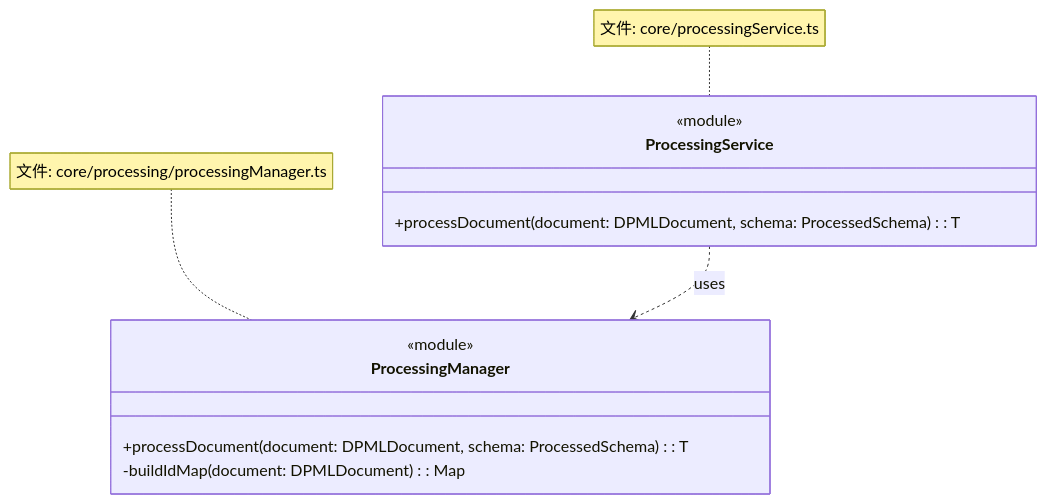
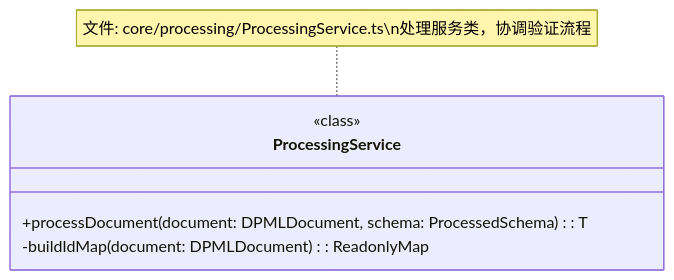
The fifth of 7 diagrams in packages/core/docs/product/Processing-Design.md (Deepractice/DPML), drawn with Mermaid before and after one commit. The commit also changed other lines of this file and 23 other files, not shown here.

````diff
--- a/packages/core/docs/product/Processing-Design.md
+++ b/packages/core/docs/product/Processing-Design.md
@@ -180,17 +200,9 @@
 ```mermaid
 classDiagram
-    class ProcessingManager {
-        <<module>>
+    class ProcessingService {
+        <<class>>
         +processDocument<T extends ProcessingResult = ProcessingResult>(document: DPMLDocument, schema: ProcessedSchema): T
-        -buildIdMap(document: DPMLDocument): Map<string, DPMLNode>
+        -buildIdMap(document: DPMLDocument): ReadonlyMap<string, DPMLNode>
     }
-    note for ProcessingManager "文件: core/processing/processingManager.ts"
-    
-    class ProcessingService {
-        <<module>>
-        +processDocument<T extends ProcessingResult = ProcessingResult>(document: DPMLDocument, schema: ProcessedSchema): T
-    }
-    note for ProcessingService "文件: core/processingService.ts"
-    
-    ProcessingService ..> ProcessingManager : uses
+    note for ProcessingService "文件: core/processing/ProcessingService.ts\n处理服务类，协调验证流程"
 ```
````
